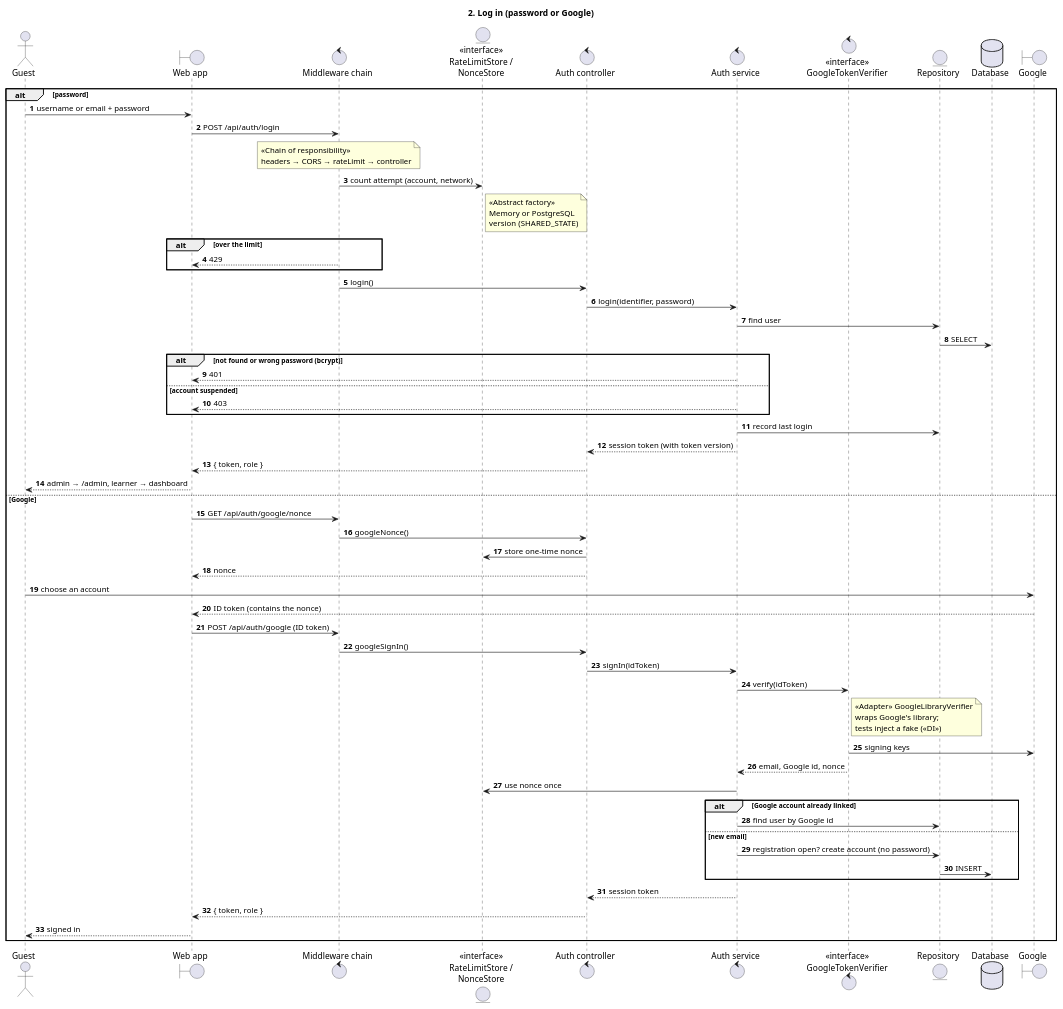
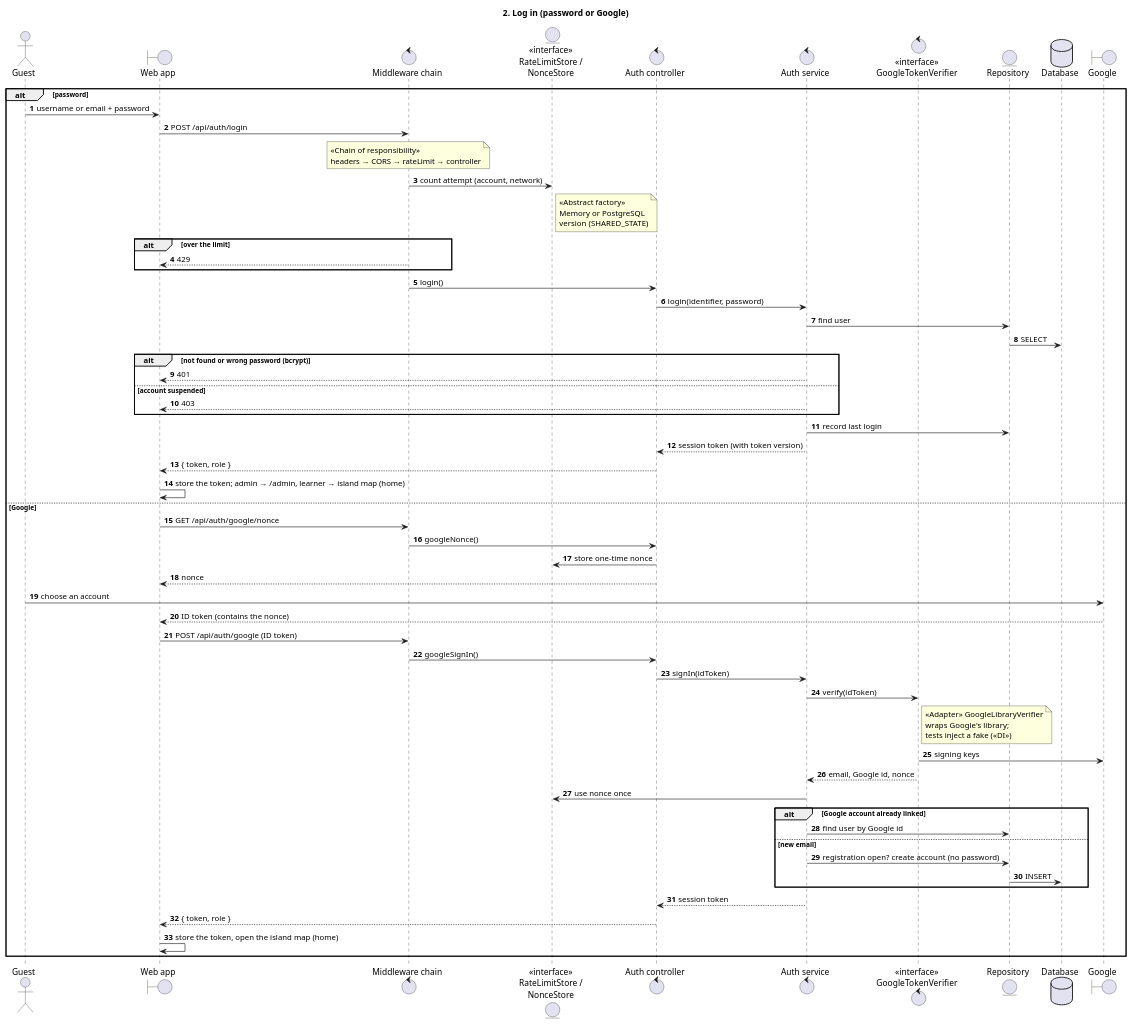
Before and after one commit to BLF2710/Nihongo-Training: the diagram in Diagram/sequence/02-log-in.puml, drawn with PlantUML. The commit also changed 94 other files, not shown here.

```diff
--- a/Diagram/sequence/02-log-in.puml
+++ b/Diagram/sequence/02-log-in.puml
@@ -15,66 +15,66 @@
 @startuml 02 Log in
 title 2. Log in (password or Google)
 autonumber
 skinparam sequenceMessageAlign left
 skinparam responseMessageBelowArrow true
 
 actor Guest
 boundary "Web app" as Web
 control "Middleware chain" as MW
 entity "«interface»\nRateLimitStore /\nNonceStore" as Shared
 control "Auth controller" as Ctrl
 control "Auth service" as Svc
 control "«interface»\nGoogleTokenVerifier" as Verifier
 entity "Repository" as Repo
 database "Database" as DB
 boundary "Google" as Google
 
 alt password
   Guest -> Web : username or email + password
   Web -> MW : POST /api/auth/login
   note over MW : «Chain of responsibility»\nheaders → CORS → rateLimit → controller
   MW -> Shared : count attempt (account, network)
   note right of Shared : «Abstract factory»\nMemory or PostgreSQL\nversion (SHARED_STATE)
   alt over the limit
     MW --> Web : 429
   end
   MW -> Ctrl : login()
   Ctrl -> Svc : login(identifier, password)
   Svc -> Repo : find user
   Repo -> DB : SELECT
   alt not found or wrong password (bcrypt)
     Svc --> Web : 401
   else account suspended
     Svc --> Web : 403
   end
   Svc -> Repo : record last login
   Svc --> Ctrl : session token (with token version)
   Ctrl --> Web : { token, role }
-  Web --> Guest : admin → /admin, learner → dashboard
+  Web -> Web : store the token; admin → /admin, learner → island map (home)
 
 else Google
   Web -> MW : GET /api/auth/google/nonce
   MW -> Ctrl : googleNonce()
   Ctrl -> Shared : store one-time nonce
   Ctrl --> Web : nonce
   Guest -> Google : choose an account
   Google --> Web : ID token (contains the nonce)
   Web -> MW : POST /api/auth/google (ID token)
   MW -> Ctrl : googleSignIn()
   Ctrl -> Svc : signIn(idToken)
   Svc -> Verifier : verify(idToken)
   note right of Verifier : «Adapter» GoogleLibraryVerifier\nwraps Google's library;\ntests inject a fake («DI»)
   Verifier -> Google : signing keys
   Verifier --> Svc : email, Google id, nonce
   Svc -> Shared : use nonce once
   alt Google account already linked
     Svc -> Repo : find user by Google id
   else new email
     Svc -> Repo : registration open? create account (no password)
     Repo -> DB : INSERT
   end
   Svc --> Ctrl : session token
   Ctrl --> Web : { token, role }
-  Web --> Guest : signed in
+  Web -> Web : store the token, open the island map (home)
 end
 @enduml
```
